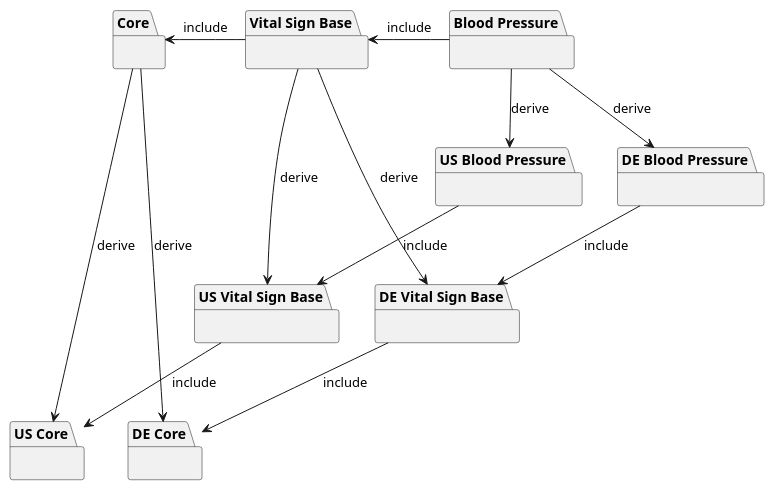
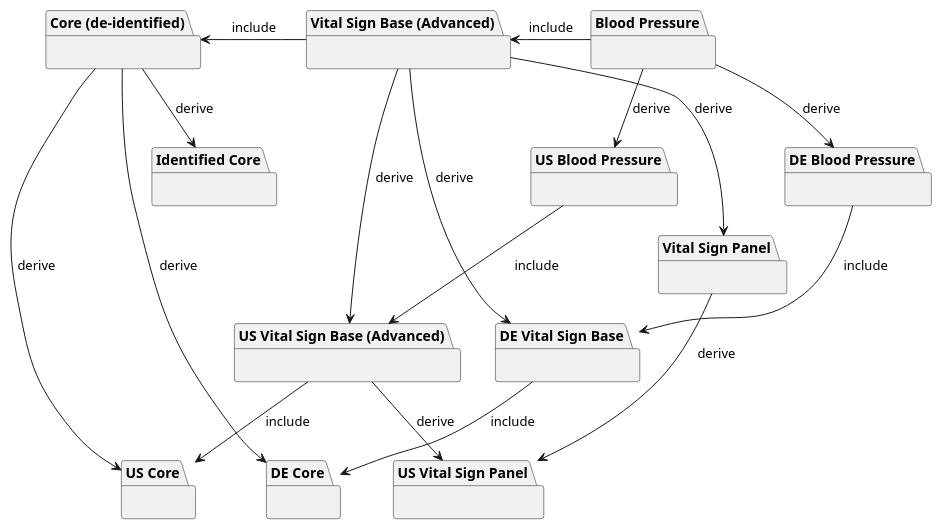
The diagram in input/images-source/profile_hierarchy.plantuml (frankoemig/vital-signs-demo), drawn with PlantUML before and after one commit. The commit also changed 3 other files, not shown here.

```diff
--- a/input/images-source/profile_hierarchy.plantuml
+++ b/input/images-source/profile_hierarchy.plantuml
@@ -1,48 +1,67 @@
 @startuml
 
-package "Core" as pkg0 {
+package "Core (de-identified)" as pkg0 {
 }
+
+package "Identified Core" as pkg0a {
+
+}
+
+pkg0 --> pkg0a : derive
 
 package "US Core" as pkg0us {
 }
 
 package "DE Core" as pkg0de {
 }
 
-package "Vital Sign Base" as pkg1 {
+package "Vital Sign Base (Advanced)" as pkg1 {
 }
+
+package "Vital Sign Panel" as pkg1a {
+
+}
+
+pkg1 --> pkg1a : derive
 
 package "Blood Pressure" as pkg2 {
 }
 
-package "US Vital Sign Base" as pkg1us {
+package "US Vital Sign Base (Advanced)" as pkg1us {
 }
+
+package "US Vital Sign Panel" as pkg1usA {
+
+}
+
+pkg1us --> pkg1usA : derive
+pkg1a --> pkg1usA : derive
 
 package "US Blood Pressure" as pkg2us {
 }
 
 package "DE Vital Sign Base" as pkg1de {
 }
 
 package "DE Blood Pressure" as pkg2de {
 }
 
 pkg0 --> pkg0us : derive
 pkg0 --> pkg0de : derive
 
 pkg1 --> pkg1us : derive
 pkg1 --> pkg1de : derive
 
 pkg2 --> pkg2us : derive
 pkg2 --> pkg2de : derive
 
 pkg1 -left-> pkg0 : include
 pkg2 -left-> pkg1 : include
 
 pkg1us --> pkg0us : include
 pkg1de --> pkg0de : include
 
 pkg2us --> pkg1us : include
 pkg2de --> pkg1de : include
 
 @enduml
```
